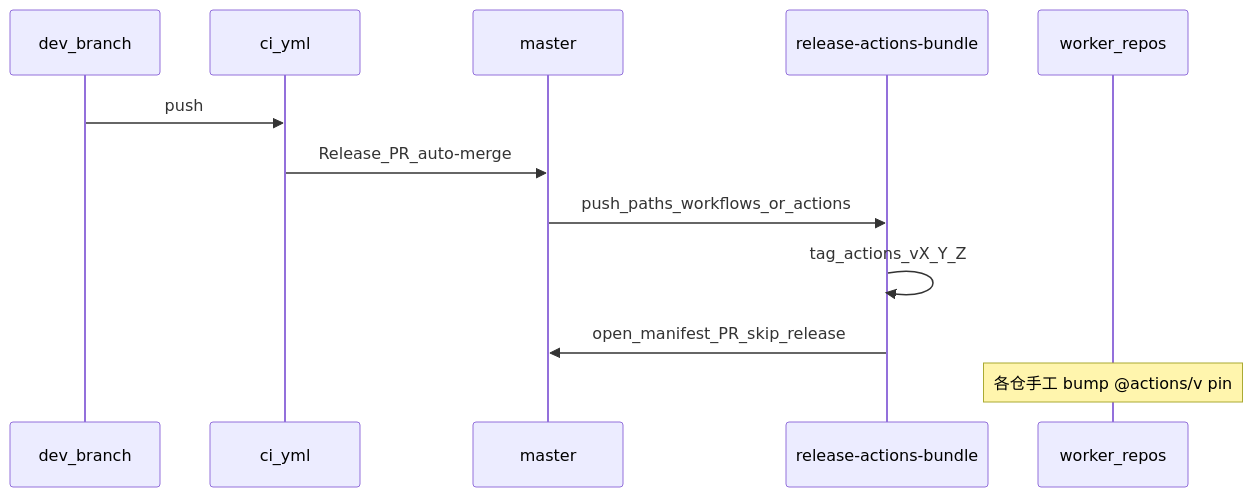
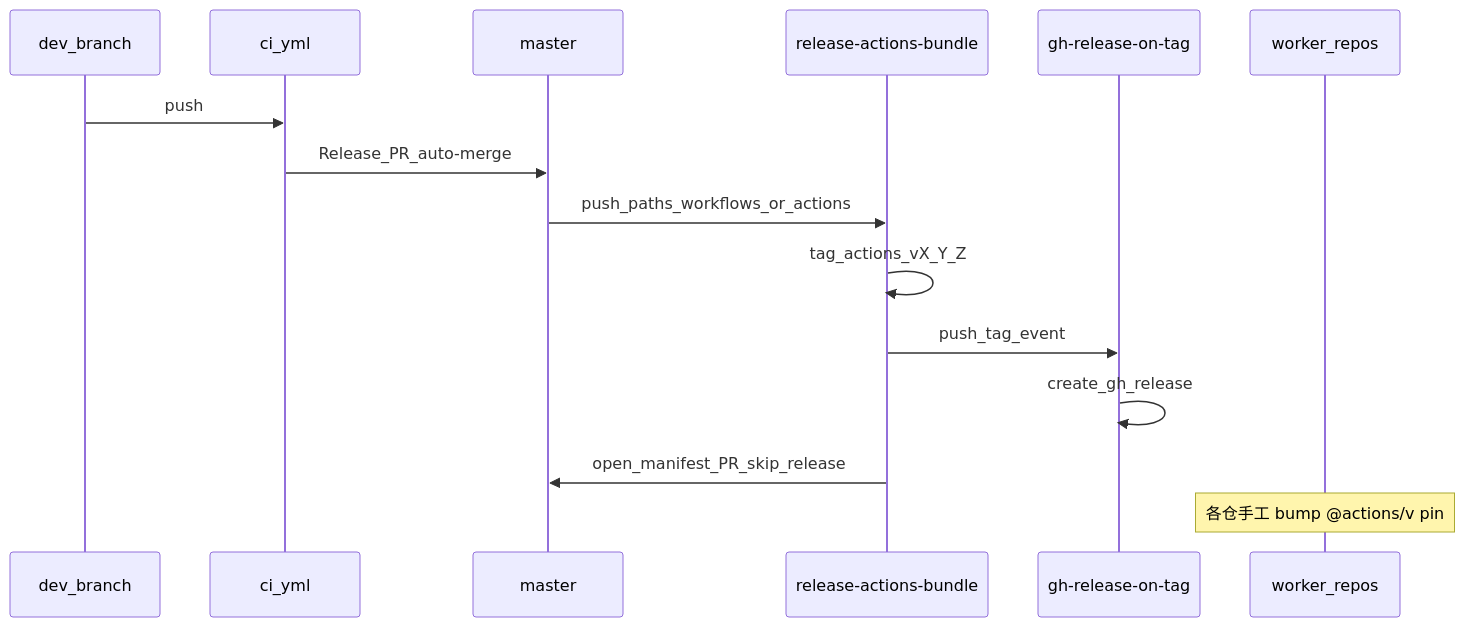
Before and after one commit to workers-world/worker-actions: diagram 16 of 18 in docs/actions-workflows.md, drawn with Mermaid. The commit also changed other lines of this file and 8 other files, not shown here.

First line of the commit message:
feat: 跨仓通用 create-gh-release 与 actions/v* Release 页

````diff
--- a/docs/actions-workflows.md
+++ b/docs/actions-workflows.md
@@ -352,15 +353,18 @@
 ```mermaid
 sequenceDiagram
   participant Dev as dev_branch
   participant CI as ci_yml
   participant Master as master
   participant Rel as release-actions-bundle
+  participant GHR as gh-release-on-tag
   participant Consumers as worker_repos
 
   Dev->>CI: push
   CI->>Master: Release_PR_auto-merge
   Master->>Rel: push_paths_workflows_or_actions
   Rel->>Rel: tag_actions_vX_Y_Z
+  Rel->>GHR: push_tag_event
+  GHR->>GHR: create_gh_release
   Rel->>Master: open_manifest_PR_skip_release
   Note over Consumers: 各仓手工 bump @actions/v pin
 ```
````
